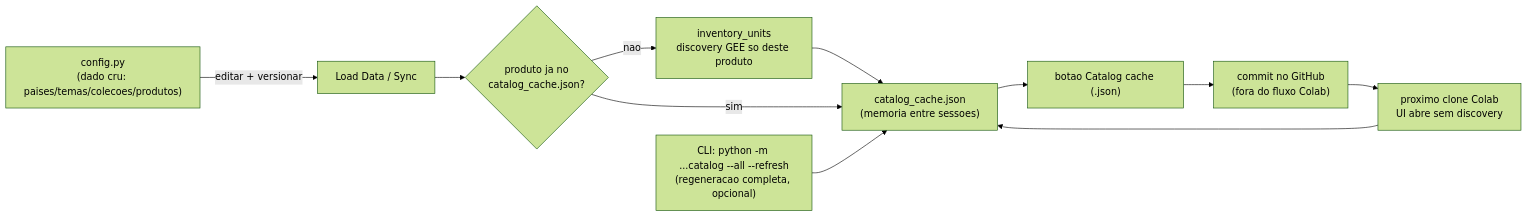
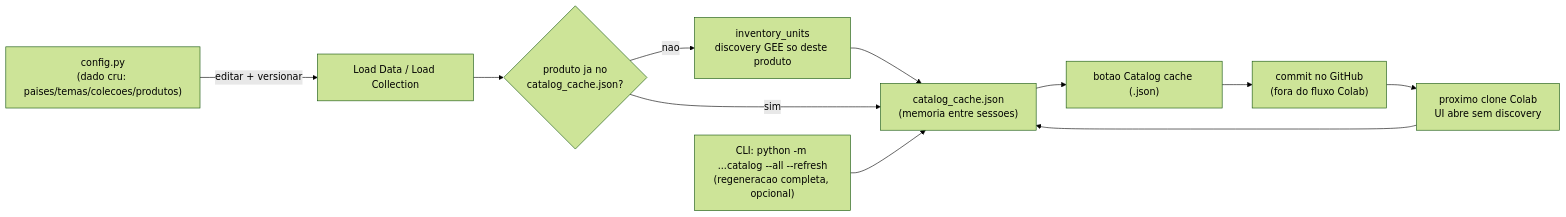
The first of 2 diagrams in mapbiomas_fire_monitor/version_01/export_and_vectorization/README.md (mapbiomas/brazil-fire), drawn with Mermaid (forest theme) before and after one commit. The commit also changed other lines of this file and 6 other files, not shown here.

First line of the commit message:
feat(export_and_vectorization): multi-line product tabs, Load Data/Load Collection and stage-cycling Select Pending

````diff
--- a/mapbiomas_fire_monitor/version_01/export_and_vectorization/README.md
+++ b/mapbiomas_fire_monitor/version_01/export_and_vectorization/README.md
@@ -374,13 +393,13 @@
 ```mermaid
 flowchart LR
-    A["config.py<br/>(dado cru: paises/temas/colecoes/produtos)"] -->|"editar + versionar"| L["Load Data / Sync"]
+    A["config.py<br/>(dado cru: paises/temas/colecoes/produtos)"] -->|"editar + versionar"| L["Load Data / Load Collection"]
     L --> C{"produto ja no<br/>catalog_cache.json?"}
     C -- "nao" --> D["inventory_units<br/>discovery GEE so deste produto"]
     D --> E["catalog_cache.json<br/>(memoria entre sessoes)"]
     C -- "sim" --> E
     E --> B["botao Catalog cache (.json)"]
     B --> G["commit no GitHub<br/>(fora do fluxo Colab)"]
     G --> H["proximo clone Colab<br/>UI abre sem discovery"]
     H --> E
     I["CLI: python -m ...catalog --all --refresh<br/>(regeneracao completa, opcional)"] --> E
 ```
````
